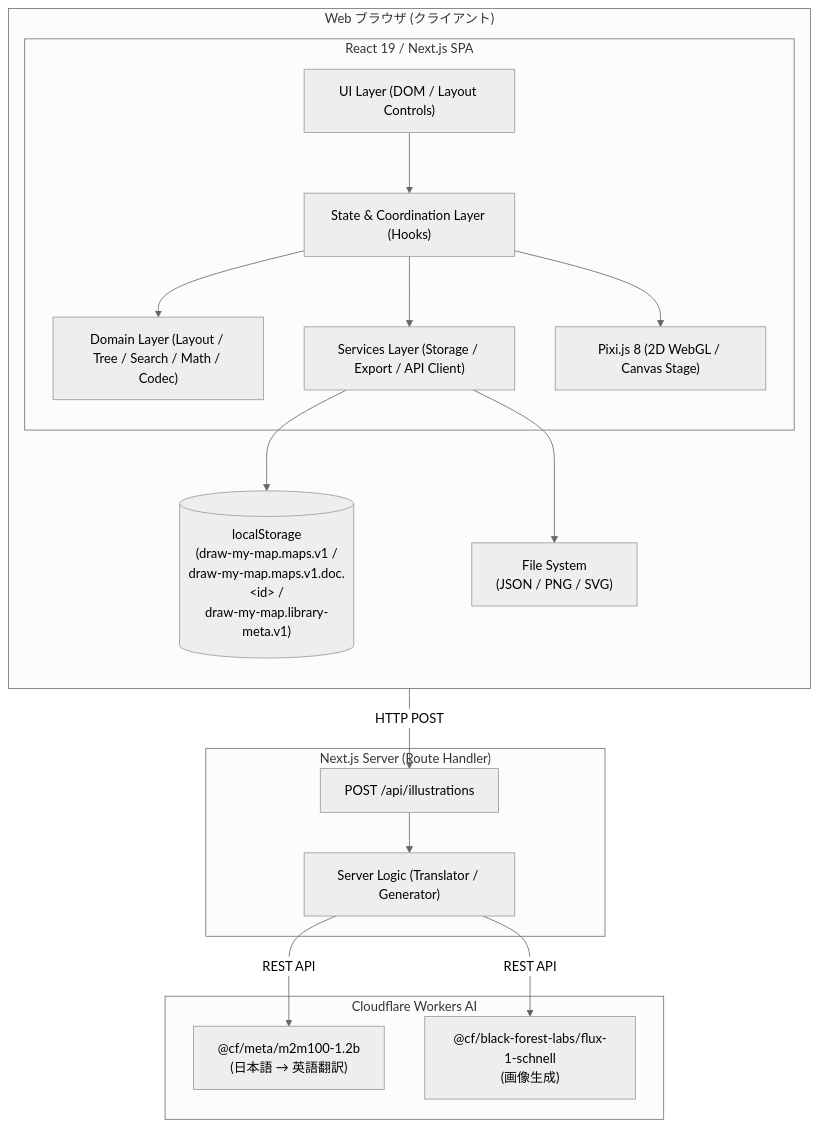
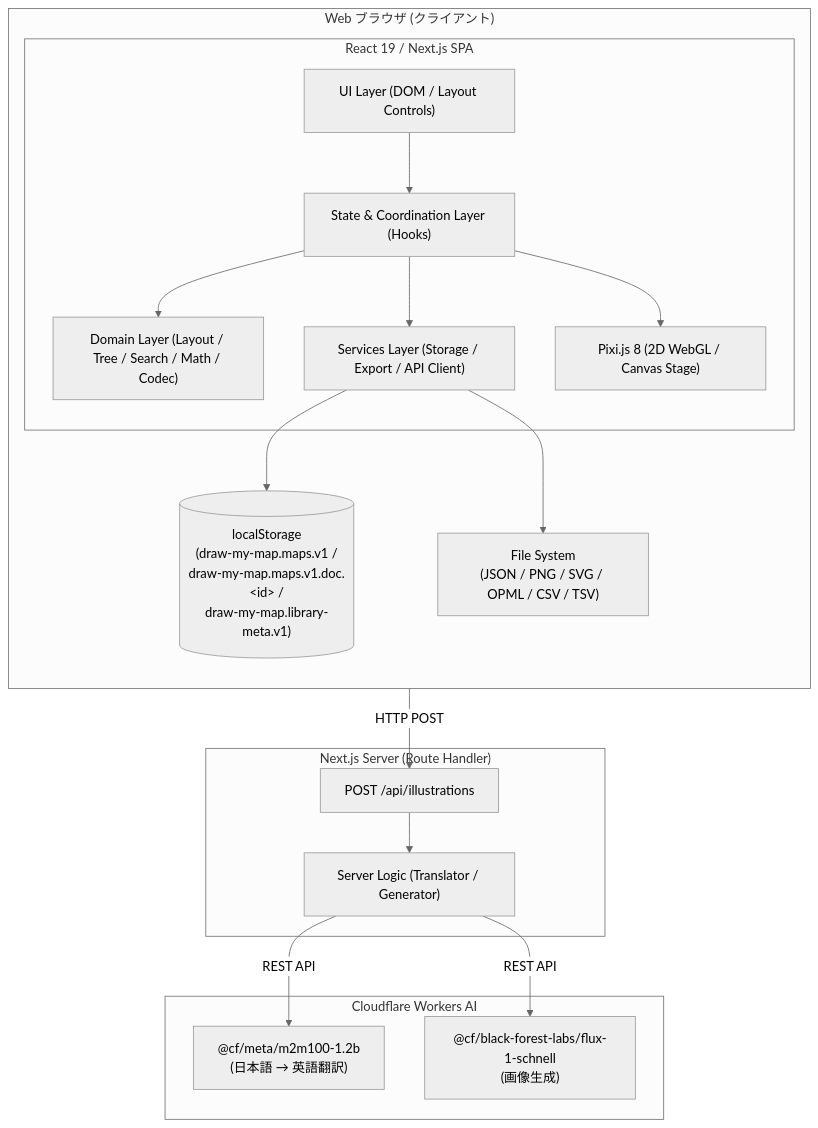
One commit to poteto317/draw-my-map changed the first of 8 diagrams in docs/architecture/overview.md. Above: the diagram before and after it, drawn with Mermaid (neutral theme). The commit also changed other lines of this file and 4 other files, not shown here.

Commit message:
docs: Phase 30 OPML/CSV 交換を仕様と ROADMAP に反映する

````diff
--- a/docs/architecture/overview.md
+++ b/docs/architecture/overview.md
@@ -16,37 +16,37 @@
 ```mermaid
 graph TD
     subgraph Browser ["Web ブラウザ (クライアント)"]
         direction TB
         subgraph ReactApp ["React 19 / Next.js SPA"]
             UI["UI Layer (DOM / Layout Controls)"]
             State["State & Coordination Layer (Hooks)"]
             Services["Services Layer (Storage / Export / API Client)"]
             Domain["Domain Layer (Layout / Tree / Search / Math / Codec)"]
             PixiApp["Pixi.js 8 (2D WebGL / Canvas Stage)"]
         end
         LocalStorage[("localStorage<br/>(draw-my-map.maps.v1 /<br/>draw-my-map.maps.v1.doc.&lt;id&gt; /<br/>draw-my-map.library-meta.v1)")]
-        FileIO["File System<br/>(JSON / PNG / SVG)"]
+        FileIO["File System<br/>(JSON / PNG / SVG / OPML / CSV / TSV)"]
     end
 
     subgraph Server ["Next.js Server (Route Handler)"]
         RouteHandler["POST /api/illustrations"]
         ServerDomain["Server Logic (Translator / Generator)"]
     end
 
     subgraph Cloudflare ["Cloudflare Workers AI"]
         TranslationModel["@cf/meta/m2m100-1.2b<br/>(日本語 → 英語翻訳)"]
         ImageModel["@cf/black-forest-labs/flux-1-schnell<br/>(画像生成)"]
     end
 
     UI --> State
     State --> Domain
     State --> Services
     State --> PixiApp
     Services --> LocalStorage
     Services --> FileIO
     Services -->|HTTP POST| RouteHandler
 
     RouteHandler --> ServerDomain
     ServerDomain -->|REST API| TranslationModel
     ServerDomain -->|REST API| ImageModel
 ```
````
